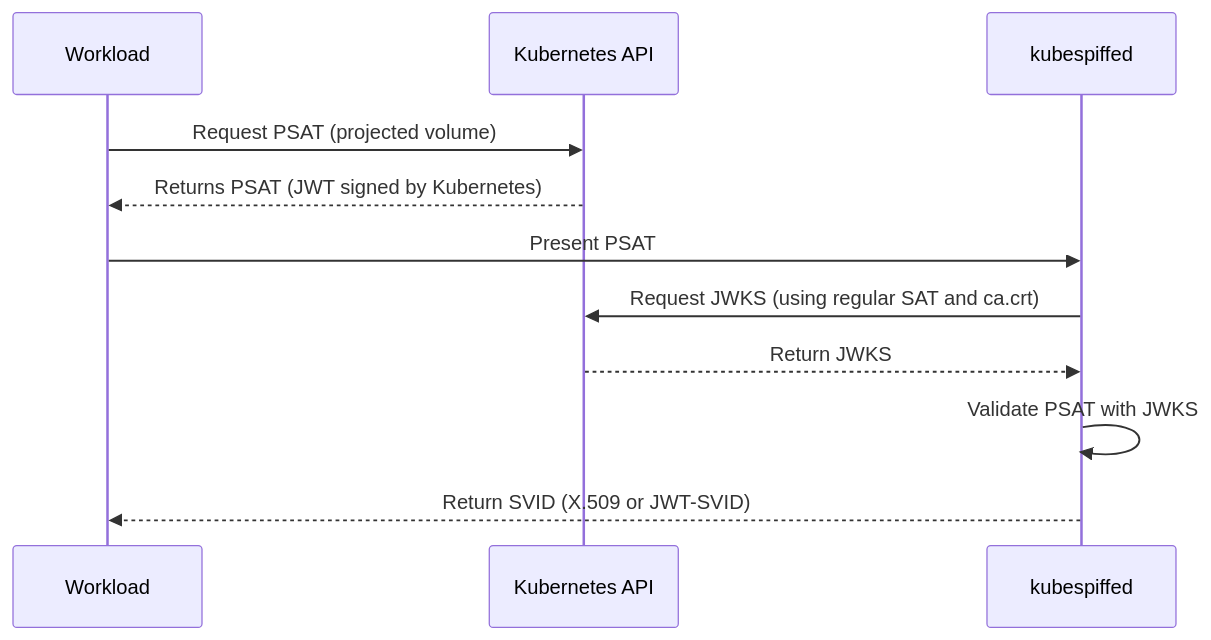
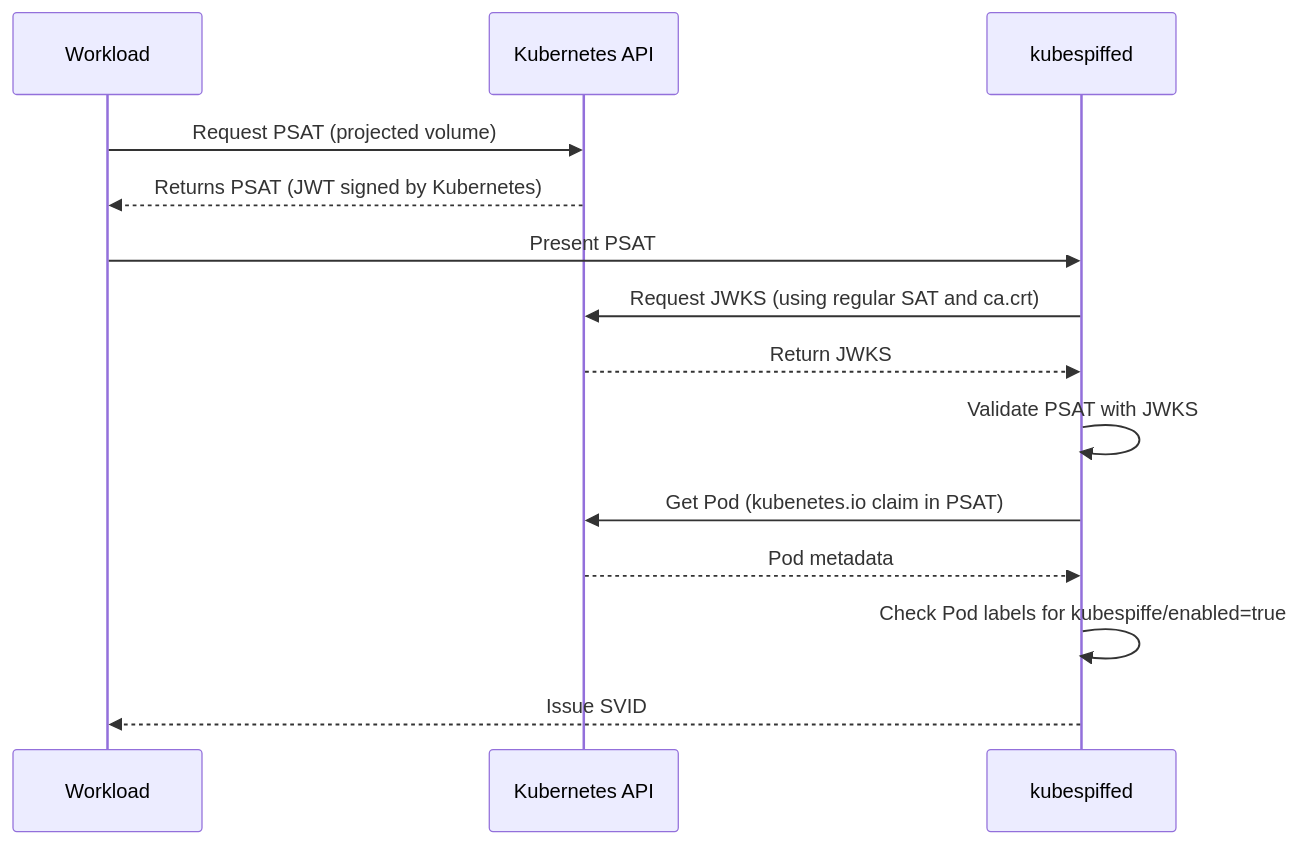
Before and after one commit to jsnctl/kubespiffe: the diagram in README.md, drawn with Mermaid.

Commit message:
Updates sequence diagram (#4)
* Adds Pod meta retrieval from PSAT claims
* Verifies labels in Pod

````diff
--- a/README.md
+++ b/README.md
@@ -20,15 +20,20 @@
 ```mermaid
 sequenceDiagram
     participant W as Workload
     participant K8S as Kubernetes API
     participant KS as kubespiffed
 
     W->>K8S: Request PSAT (projected volume)
     K8S-->>W: Returns PSAT (JWT signed by Kubernetes)
     
     W->>KS: Present PSAT
     KS->>K8S: Request JWKS (using regular SAT and ca.crt)
     K8S-->>KS: Return JWKS
     KS->>KS: Validate PSAT with JWKS
-    KS-->>W: Return SVID (X.509 or JWT-SVID)
+
+    KS->>K8S: Get Pod (kubenetes.io claim in PSAT)
+    K8S-->>KS: Pod metadata
+    KS->>KS: Check Pod labels for kubespiffe/enabled=true
+
+    KS-->>W: Issue SVID
 ```
````
